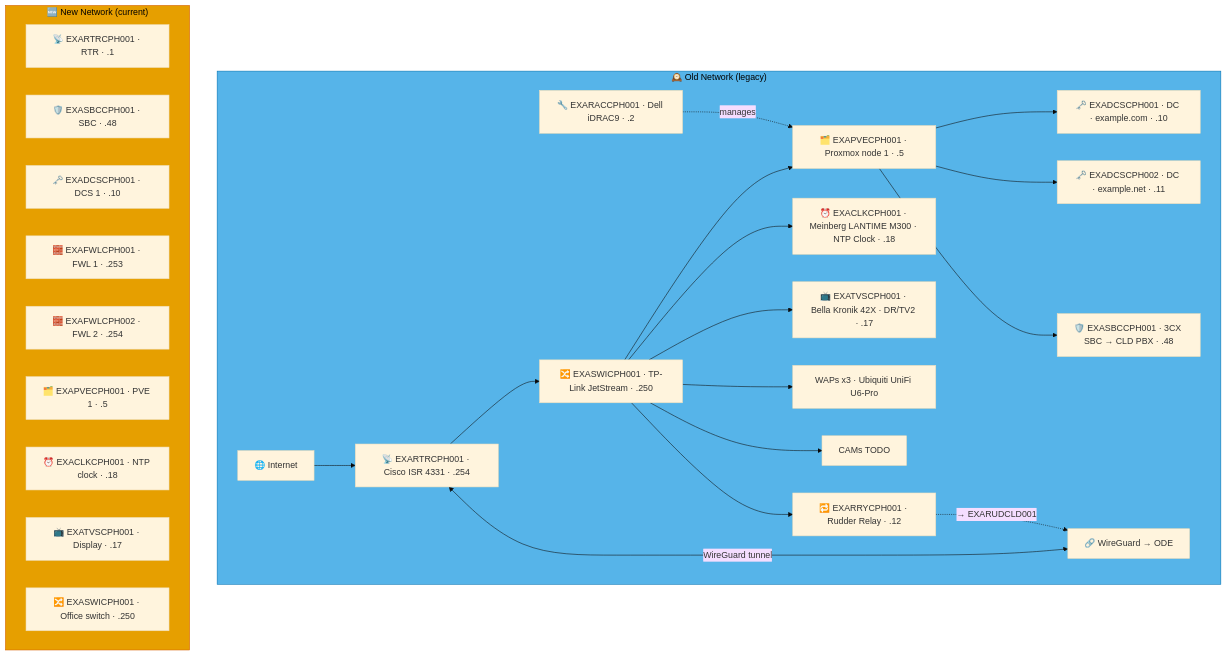
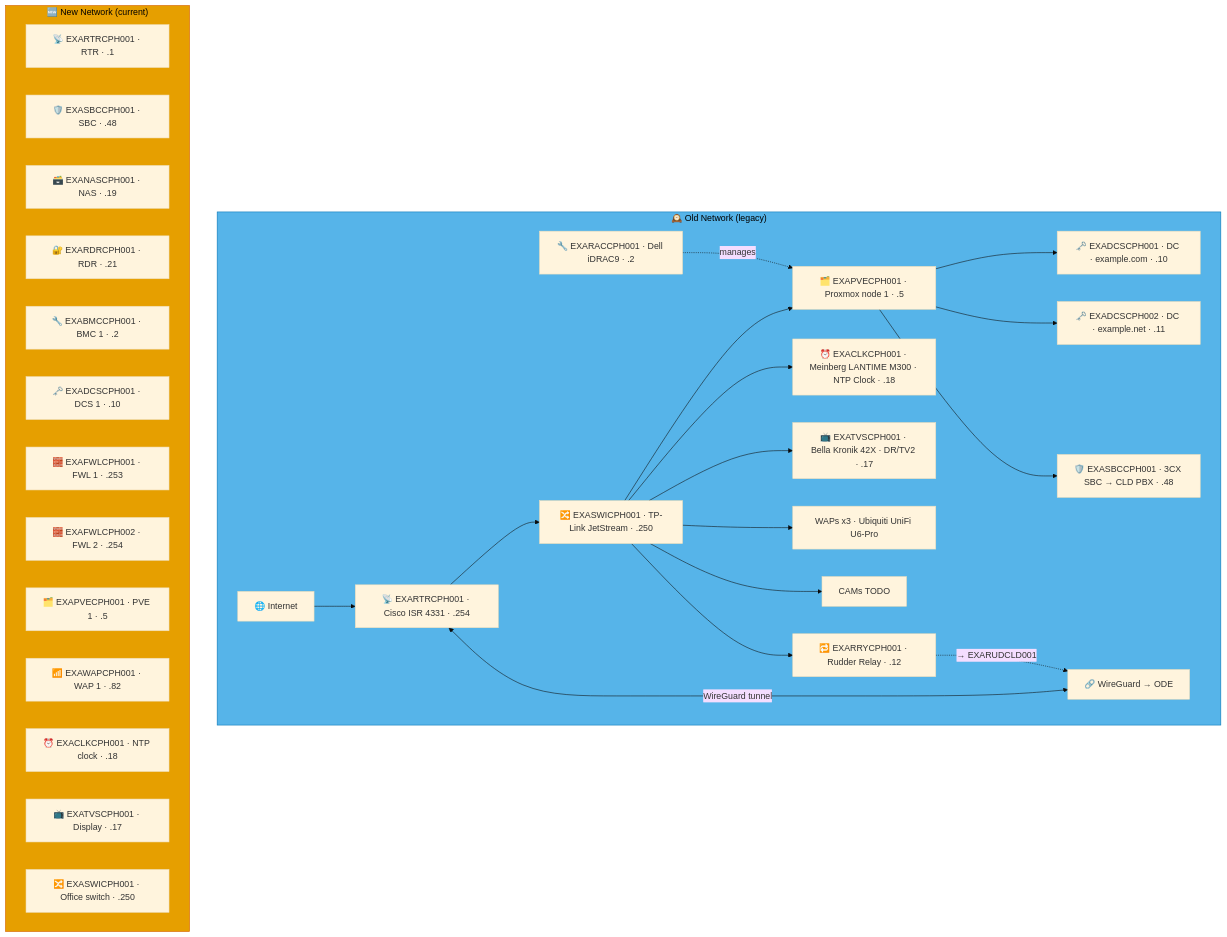
The first of 9 diagrams in docs/network-diagram/danmark.md (knightmare2600/example_music_infra), drawn with Mermaid (base theme) before and after one commit. The commit also changed other lines of this file and 15 other files, not shown here.

````diff
--- a/docs/network-diagram/danmark.md
+++ b/docs/network-diagram/danmark.md
@@ -16,43 +16,47 @@
 ```mermaid
 graph TD
     subgraph OLD_CPH ["🕰️ Old Network (legacy)"]
       INET["🌐 Internet"]
       SW["🔀 EXASWICPH001 · TP-Link JetStream · .250"]
       RTR["📡 EXARTRCPH001 · Cisco ISR 4331 · .254"]
       RAC["🔧 EXARACCPH001 · Dell iDRAC9 · .2"]
       PVE["🗂️ EXAPVECPH001 · Proxmox node 1 · .5"]
       DC1["🗝️ EXADCSCPH001 · DC · example.com · .10"]
       DC2["🗝️ EXADCSCPH002 · DC · example.net · .11"]
       SBC["🛡️ EXASBCCPH001 · 3CX SBC → CLD PBX · .48"]
       RRY["🔁 EXARRYCPH001 · Rudder Relay · .12"]
       NTP["⏰ EXACLKCPH001 · Meinberg LANTIME M300 · NTP Clock · .18"]
       TV["📺 EXATVSCPH001 · Bella Kronik 42X · DR/TV2 · .17"]
       WAP["WAPs x3 · Ubiquiti UniFi U6-Pro"]
       CAM["CAMs TODO"]
       VPN["🔗 WireGuard → ODE"]
 
       INET --> RTR --> SW
       SW --> PVE --> DC1 & DC2 & SBC
       RAC -.->|"manages"| PVE
       SW --> NTP & TV & WAP & CAM
       RTR <-->|"WireGuard tunnel"| VPN
 
       SW --> RRY
       RRY -. "→ EXARUDCLD001" .-> VPN
     end
     style OLD_CPH fill:#56B4E9,stroke:#0072B2,color:#000000
     %% GENERATED:NEW-NETWORK:CPH:START
     subgraph NEW_CPH ["🆕 New Network (current)"]
       N_RTR["📡 EXARTRCPH001 · RTR · .1"]
       N_SBC["🛡️ EXASBCCPH001 · SBC · .48"]
+      N_NAS["🗃️ EXANASCPH001 · NAS · .19"]
+      N_RDR["🔐 EXARDRCPH001 · RDR · .21"]
+      N_BMC["🔧 EXABMCCPH001 · BMC 1 · .2"]
       N_DCS["🗝️ EXADCSCPH001 · DCS 1 · .10"]
       N_FWL["🧱 EXAFWLCPH001 · FWL 1 · .253"]
       N_FWL2["🧱 EXAFWLCPH002 · FWL 2 · .254"]
       N_PVE["🗂️ EXAPVECPH001 · PVE 1 · .5"]
+      N_WAP["📶 EXAWAPCPH001 · WAP 1 · .82"]
       N_CLK["⏰ EXACLKCPH001 · NTP clock · .18"]
       N_TVS["📺 EXATVSCPH001 · Display · .17"]
       N_SWI["🔀 EXASWICPH001 · Office switch · .250"]
     end
     style NEW_CPH fill:#E69F00,stroke:#D55E00,color:#000000
     %% GENERATED:NEW-NETWORK:CPH:END
 ```
````
